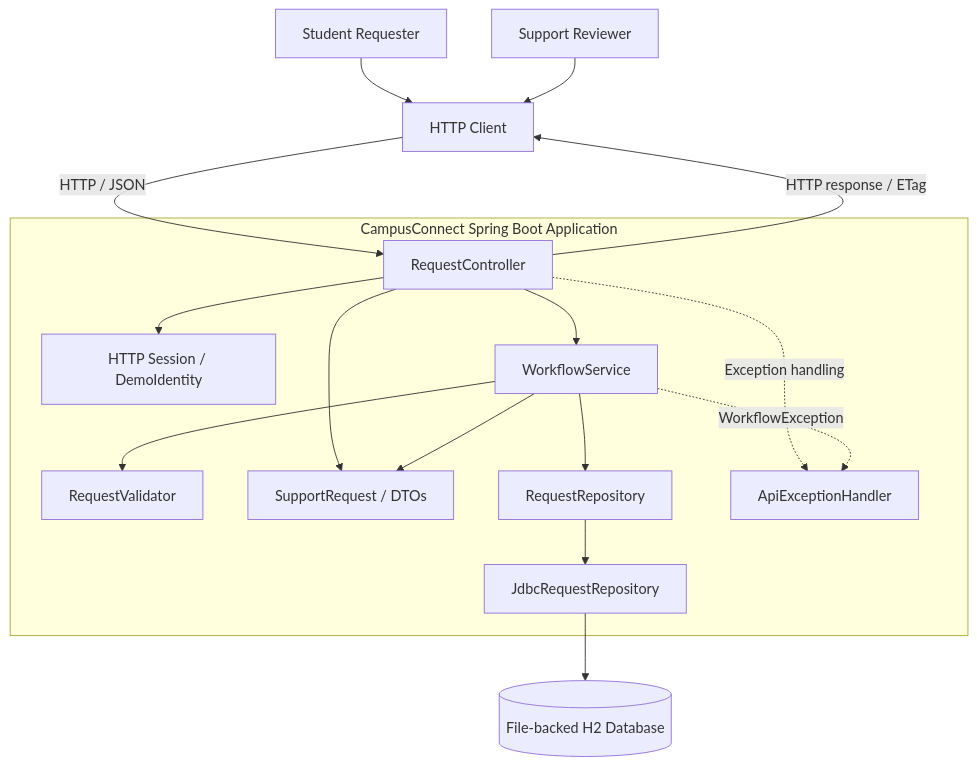
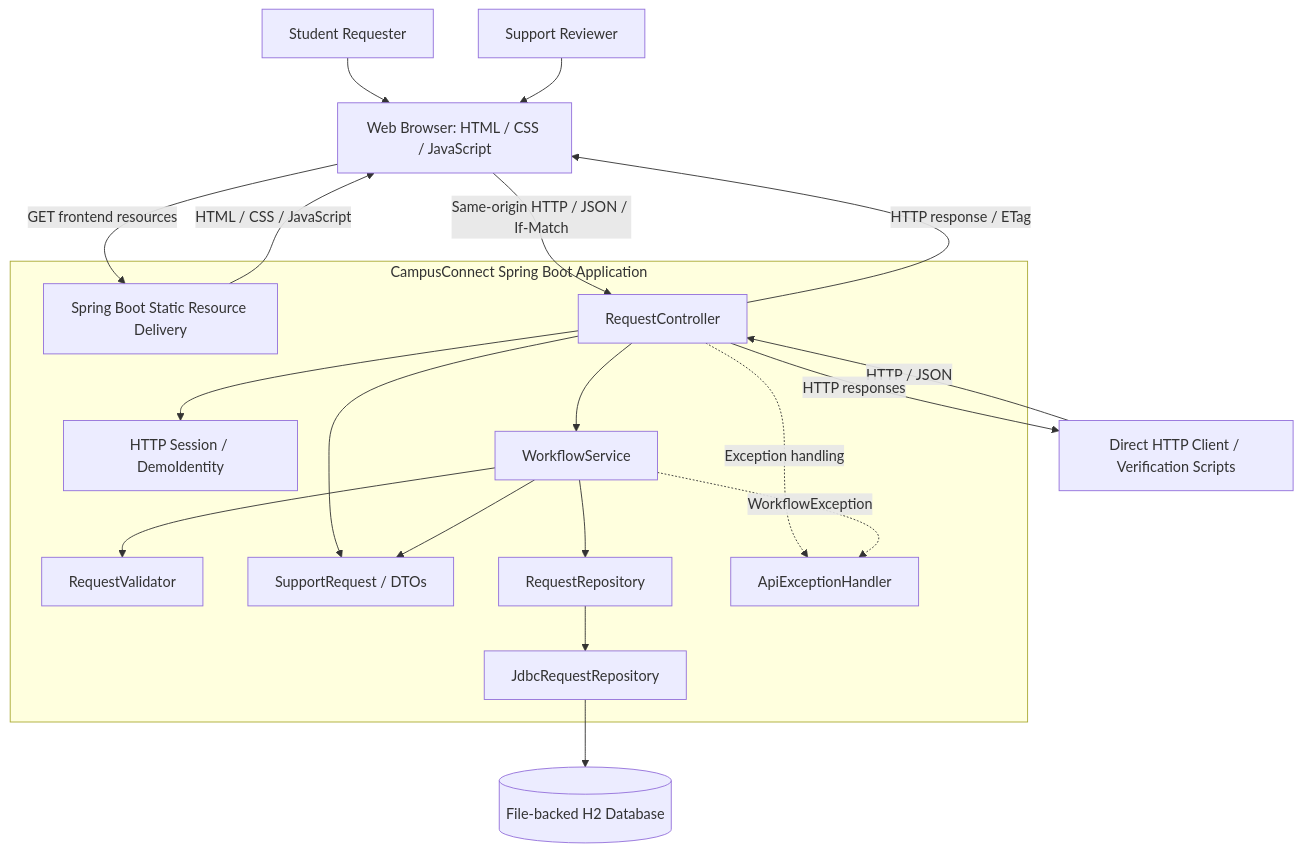
One commit to victordodan/-comp330-f26-team-02 changed the first of 2 diagrams in docs/architecture/architecture.md. Above: the diagram before and after it, drawn with Mermaid. The commit also changed other lines of this file, not shown here.

First line of the commit message:
Revise architecture documentation for browser integration

````diff
--- a/docs/architecture/architecture.md
+++ b/docs/architecture/architecture.md
@@ -139,40 +154,48 @@
 ```mermaid
 flowchart TD
     Student["Student Requester"]
     Reviewer["Support Reviewer"]
-    Client["HTTP Client"]
+    Client["Web Browser: HTML / CSS / JavaScript"]
+    DirectClient["Direct HTTP Client / Verification Scripts"]
 
     Student --> Client
     Reviewer --> Client
 
     subgraph Application["CampusConnect Spring Boot Application"]
 
+        StaticResources["Spring Boot Static Resource Delivery"]
         Controller["RequestController"]
         Session["HTTP Session / DemoIdentity"]
         Service["WorkflowService"]
         Validator["RequestValidator"]
         Model["SupportRequest / DTOs"]
         Repository["RequestRepository"]
         JDBC["JdbcRequestRepository"]
         ErrorHandler["ApiExceptionHandler"]
 
         Controller --> Session
         Controller --> Service
         Controller --> Model
 
         Service --> Validator
         Service --> Model
         Service --> Repository
 
         Repository --> JDBC
 
         Controller -. "Exception handling" .-> ErrorHandler
         Service -. "WorkflowException" .-> ErrorHandler
 
     end
 
-    Client -->|"HTTP / JSON"| Controller
+    Client -->|"GET frontend resources"| StaticResources
+    StaticResources -->|"HTML / CSS / JavaScript"| Client
+
+    DirectClient -->|"HTTP / JSON"| Controller
+    Controller -->|"HTTP responses"| DirectClient
+
+    Client -->|"Same-origin HTTP / JSON / If-Match"| Controller
     Controller -->|"HTTP response / ETag"| Client
 
     JDBC --> Database[("File-backed H2 Database")]
 ```
````
